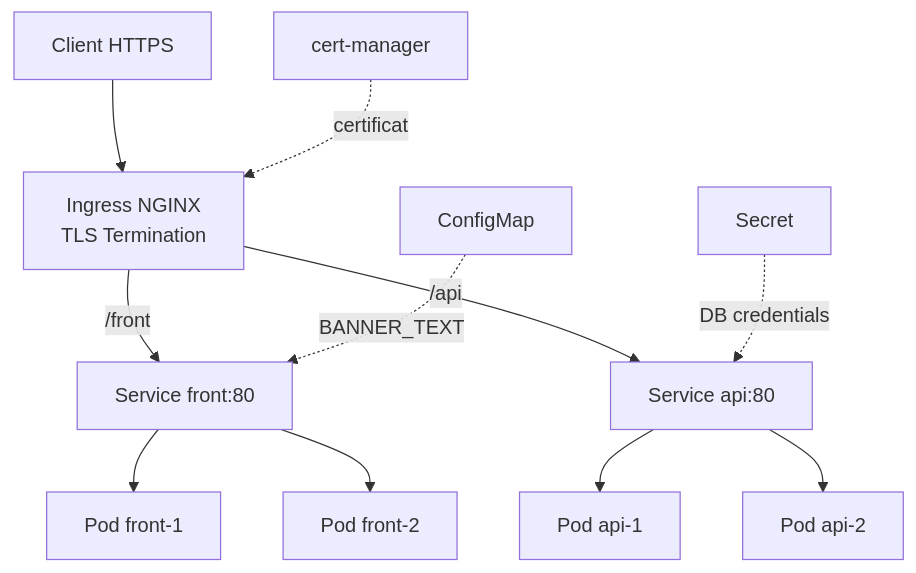
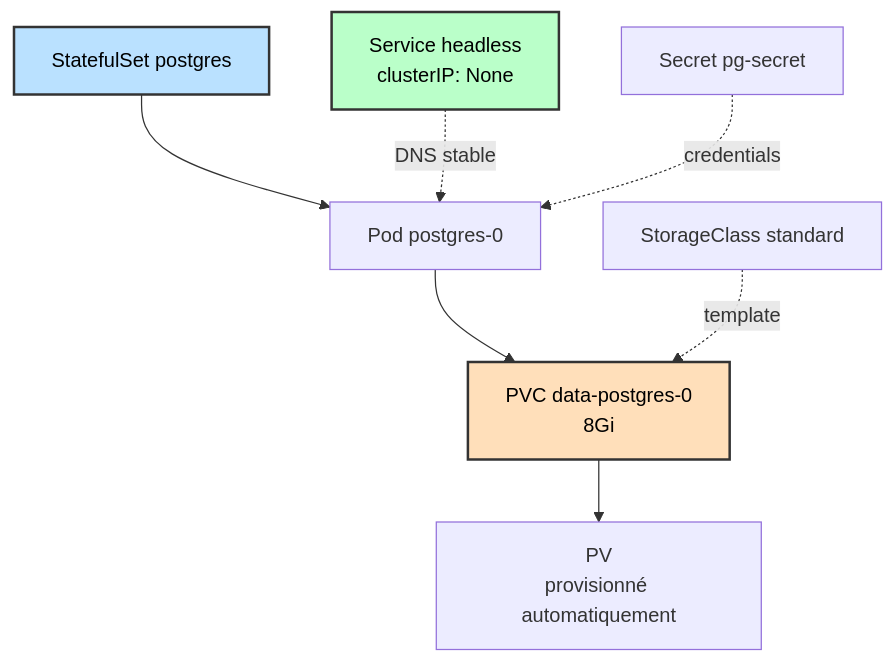
One commit to MPFabio/S4-Ingress-TLS-Config-Secrets changed the diagram in README.md. Above: the diagram before and after it, drawn with Mermaid. The commit also changed other lines of this file and 18 other files, not shown here.

Commit message:
Ajout PostgreSQL avec StatefulSet et backup

````diff
--- a/README.md
+++ b/README.md
@@ -18,17 +15,15 @@
 ```mermaid
 flowchart TB
-    Client[Client HTTPS] --> Ingress[Ingress NGINX<br/>TLS Termination]
+    StatefulSet[StatefulSet postgres] --> Pod[Pod postgres-0]
+    Pod --> PVC[PVC data-postgres-0<br/>8Gi]
+    PVC --> PV[PV<br/>provisionné automatiquement]
     
-    Ingress -->|/front| SvcFront[Service front:80]
-    Ingress -->|/api| SvcApi[Service api:80]
+    Service[Service headless<br/>clusterIP: None] -.DNS stable.-> Pod
+    Secret[Secret pg-secret] -.credentials.-> Pod
     
-    SvcFront --> PodFront1[Pod front-1]
-    SvcFront --> PodFront2[Pod front-2]
+    StorageClass[StorageClass standard] -.template.-> PVC
     
-    SvcApi --> PodApi1[Pod api-1]
-    SvcApi --> PodApi2[Pod api-2]
-    
-    CertManager[cert-manager] -.->|certificat| Ingress
-    ConfigMap[ConfigMap] -.->|BANNER_TEXT| SvcFront
-    SecretApp[Secret] -.->|DB credentials| SvcApi
+    style StatefulSet fill:#bae1ff,stroke:#333,stroke-width:2px,color:#000
+    style Service fill:#baffc9,stroke:#333,stroke-width:2px,color:#000
+    style PVC fill:#ffdfba,stroke:#333,stroke-width:2px,color:#000
 ```
````
